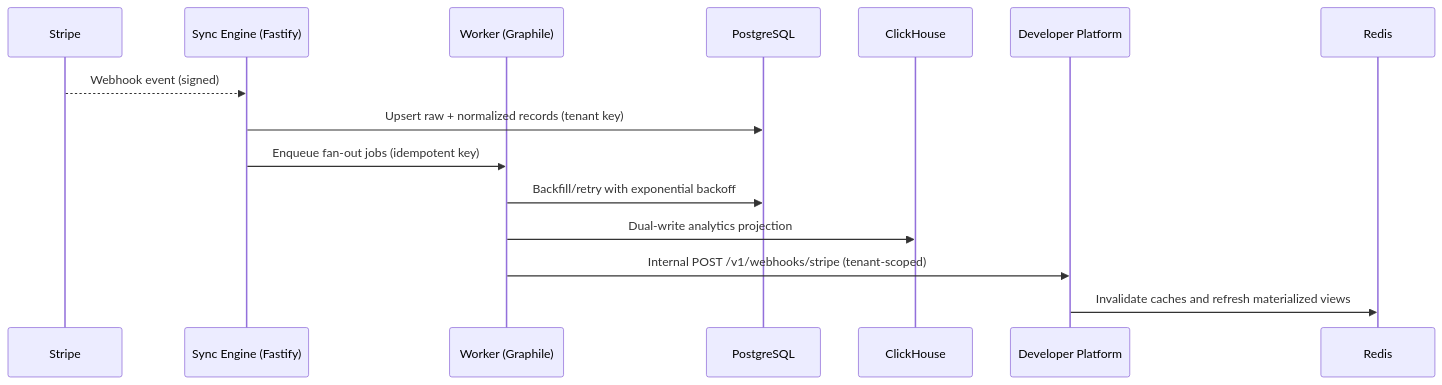
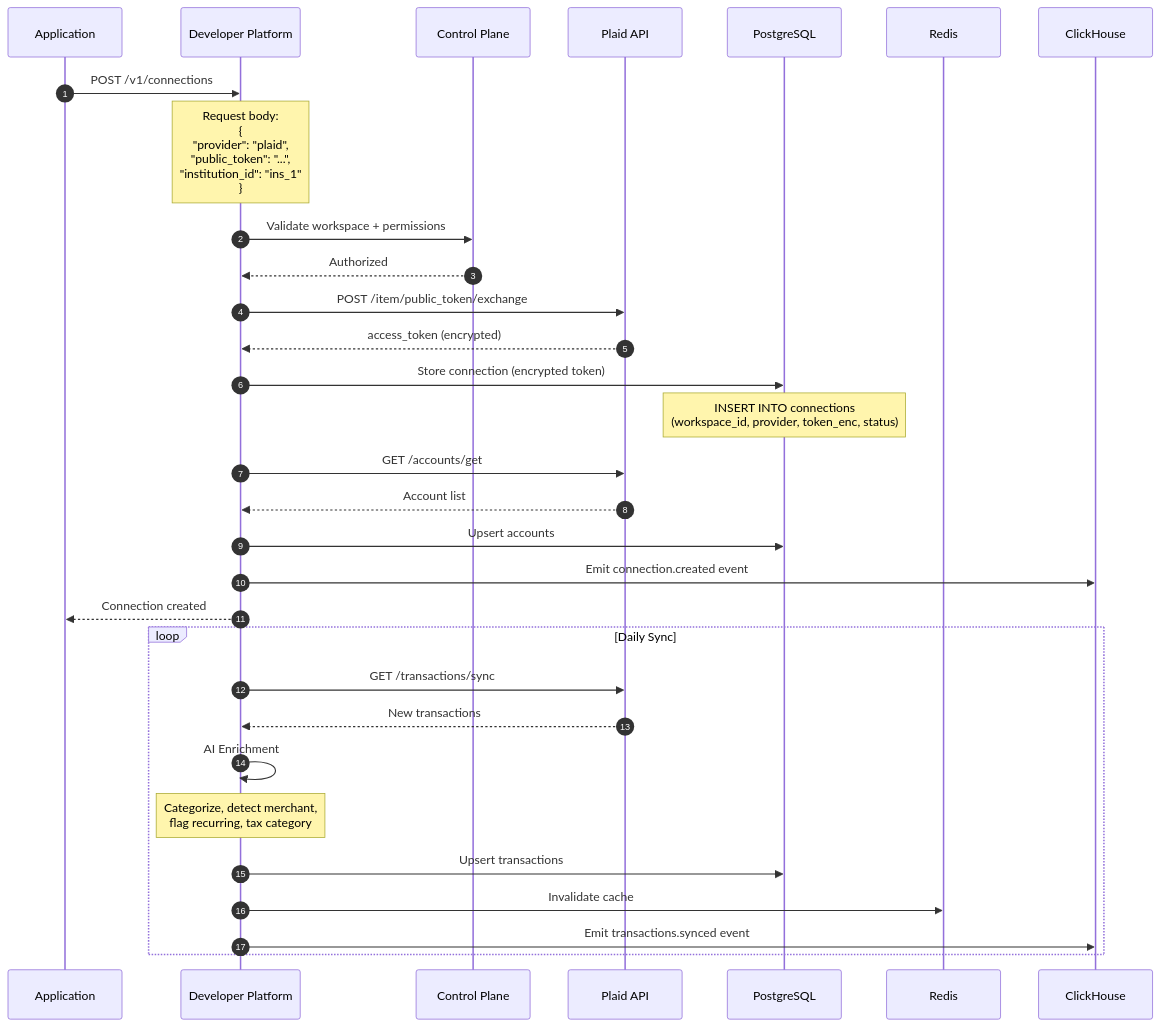
Before and after one commit to Oppulence-Engineering/.github: the fifth of 22 diagrams in profile/ARCHITECTURE.md, drawn with Mermaid. The commit also changed other lines of this file, not shown here.

First line of the commit message:
Expand ARCHITECTURE.md with comprehensive RFC documentation

````diff
--- a/profile/ARCHITECTURE.md
+++ b/profile/ARCHITECTURE.md
@@ -178,17 +277,45 @@
 ```mermaid
 sequenceDiagram
-  participant Stripe as Stripe
-  participant SyncAPI as Sync Engine (Fastify)
-  participant Worker as Worker (Graphile)
-  participant PG as PostgreSQL
-  participant CH as ClickHouse
-  participant DevAPI as Developer Platform
+    autonumber
+    participant App as Application
+    participant DevAPI as Developer Platform
+    participant CP as Control Plane
+    participant Plaid as Plaid API
+    participant PG as PostgreSQL
+    participant Redis as Redis
+    participant CH as ClickHouse
 
-  Stripe-->>SyncAPI: Webhook event (signed)
-  SyncAPI->>PG: Upsert raw + normalized records (tenant key)
-  SyncAPI->>Worker: Enqueue fan-out jobs (idempotent key)
-  Worker->>PG: Backfill/retry with exponential backoff
-  Worker->>CH: Dual-write analytics projection
-  Worker->>DevAPI: Internal POST /v1/webhooks/stripe (tenant-scoped)
-  DevAPI->>Redis: Invalidate caches and refresh materialized views
+    App->>DevAPI: POST /v1/connections
+
+    Note over DevAPI: Request body:<br/>{<br/>  "provider": "plaid",<br/>  "public_token": "...",<br/>  "institution_id": "ins_1"<br/>}
+
+    DevAPI->>CP: Validate workspace + permissions
+    CP-->>DevAPI: Authorized
+
+    DevAPI->>Plaid: POST /item/public_token/exchange
+    Plaid-->>DevAPI: access_token (encrypted)
+
+    DevAPI->>PG: Store connection (encrypted token)
+
+    Note over PG: INSERT INTO connections<br/>(workspace_id, provider, token_enc, status)
+
+    DevAPI->>Plaid: GET /accounts/get
+    Plaid-->>DevAPI: Account list
+
+    DevAPI->>PG: Upsert accounts
+    DevAPI->>CH: Emit connection.created event
+    DevAPI-->>App: Connection created
+
+    loop Daily Sync
+        DevAPI->>Plaid: GET /transactions/sync
+        Plaid-->>DevAPI: New transactions
+
+        DevAPI->>DevAPI: AI Enrichment
+
+        Note over DevAPI: Categorize, detect merchant,<br/>flag recurring, tax category
+
+        DevAPI->>PG: Upsert transactions
+        DevAPI->>Redis: Invalidate cache
+        DevAPI->>CH: Emit transactions.synced event
+    end
 ```
````
